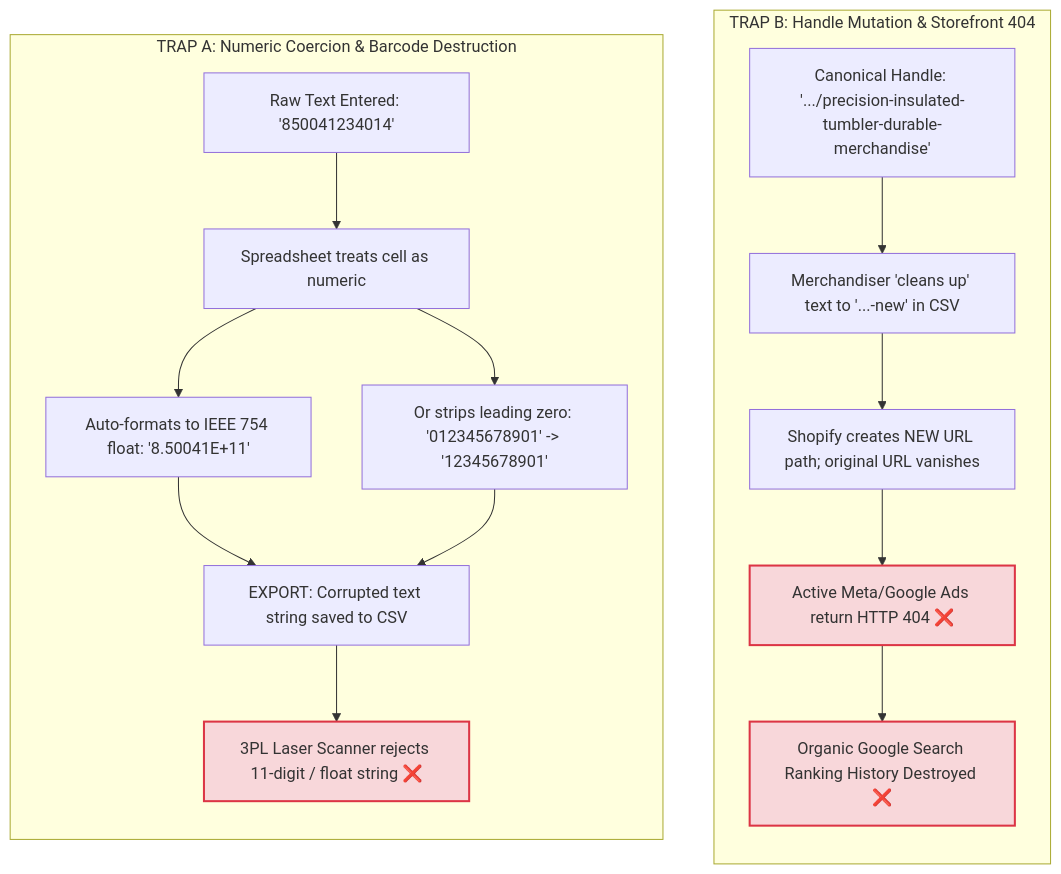
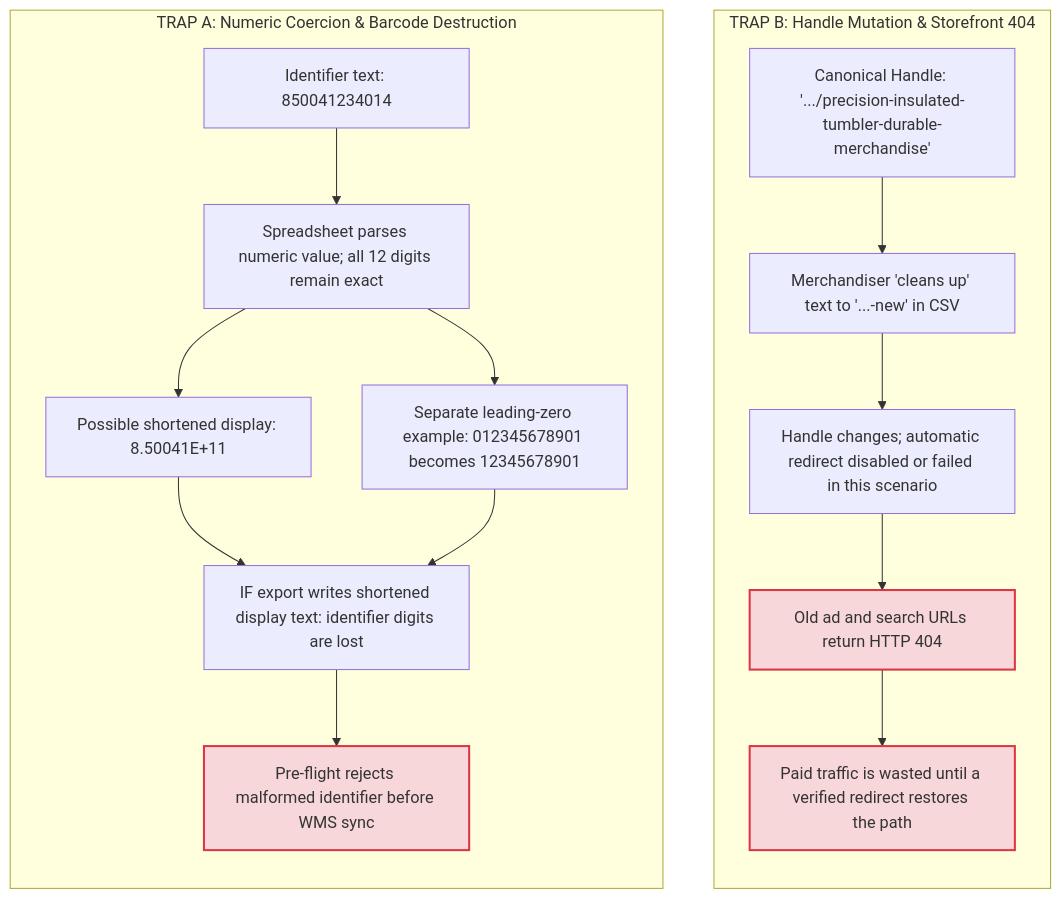
One commit to riovicsusas/portfolio changed the third of 4 diagrams in domain-3-bulk-data-management/MasterDossier-Domain3-BulkCatalogSchemaGovernance.md. Above: the diagram before and after it, drawn with Mermaid. The commit also changed other lines of this file and 17 other files, not shown here.

````diff
--- a/domain-3-bulk-data-management/MasterDossier-Domain3-BulkCatalogSchemaGovernance.md
+++ b/domain-3-bulk-data-management/MasterDossier-Domain3-BulkCatalogSchemaGovernance.md
@@ -183,27 +183,27 @@
 ```mermaid
 flowchart LR
     subgraph TRAP_A["TRAP A: Numeric Coercion & Barcode Destruction"]
         direction TB
-        A1["Raw Text Entered: '850041234014'"] --> A2["Spreadsheet treats cell as numeric"]
-        A2 --> A3["Auto-formats to IEEE 754 float: '8.50041E+11'"]
-        A2 --> A4["Or strips leading zero: '012345678901' -> '12345678901'"]
-        A3 --> A5["EXPORT: Corrupted text string saved to CSV"]
+        A1["Identifier text: 850041234014"] --> A2["Spreadsheet parses numeric value; all 12 digits remain exact"]
+        A2 --> A3["Possible shortened display: 8.50041E+11"]
+        A2 --> A4["Separate leading-zero example: 012345678901 becomes 12345678901"]
+        A3 --> A5["IF export writes shortened display text: identifier digits are lost"]
         A4 --> A5
-        A5 --> A6["3PL Laser Scanner rejects 11-digit / float string ❌"]
+        A5 --> A6["Pre-flight rejects malformed identifier before WMS sync"]
     end
 
     subgraph TRAP_B["TRAP B: Handle Mutation & Storefront 404"]
         direction TB
         B1["Canonical Handle: '.../precision-insulated-tumbler-durable-merchandise'"]
         B1 --> B2["Merchandiser 'cleans up' text to '...-new' in CSV"]
-        B2 --> B3["Shopify creates NEW URL path; original URL vanishes"]
-        B3 --> B4["Active Meta/Google Ads return HTTP 404 ❌"]
-        B4 --> B5["Organic Google Search Ranking History Destroyed ❌"]
+        B2 --> B3["Handle changes; automatic redirect disabled or failed in this scenario"]
+        B3 --> B4["Old ad and search URLs return HTTP 404"]
+        B4 --> B5["Paid traffic is wasted until a verified redirect restores the path"]
     end
 
     TRAP_A ~~~ TRAP_B
 
     style A6 fill:#f8d7da,stroke:#dc3545,stroke-width:2px;
     style B4 fill:#f8d7da,stroke:#dc3545,stroke-width:2px;
     style B5 fill:#f8d7da,stroke:#dc3545,stroke-width:2px;
 ```
````
